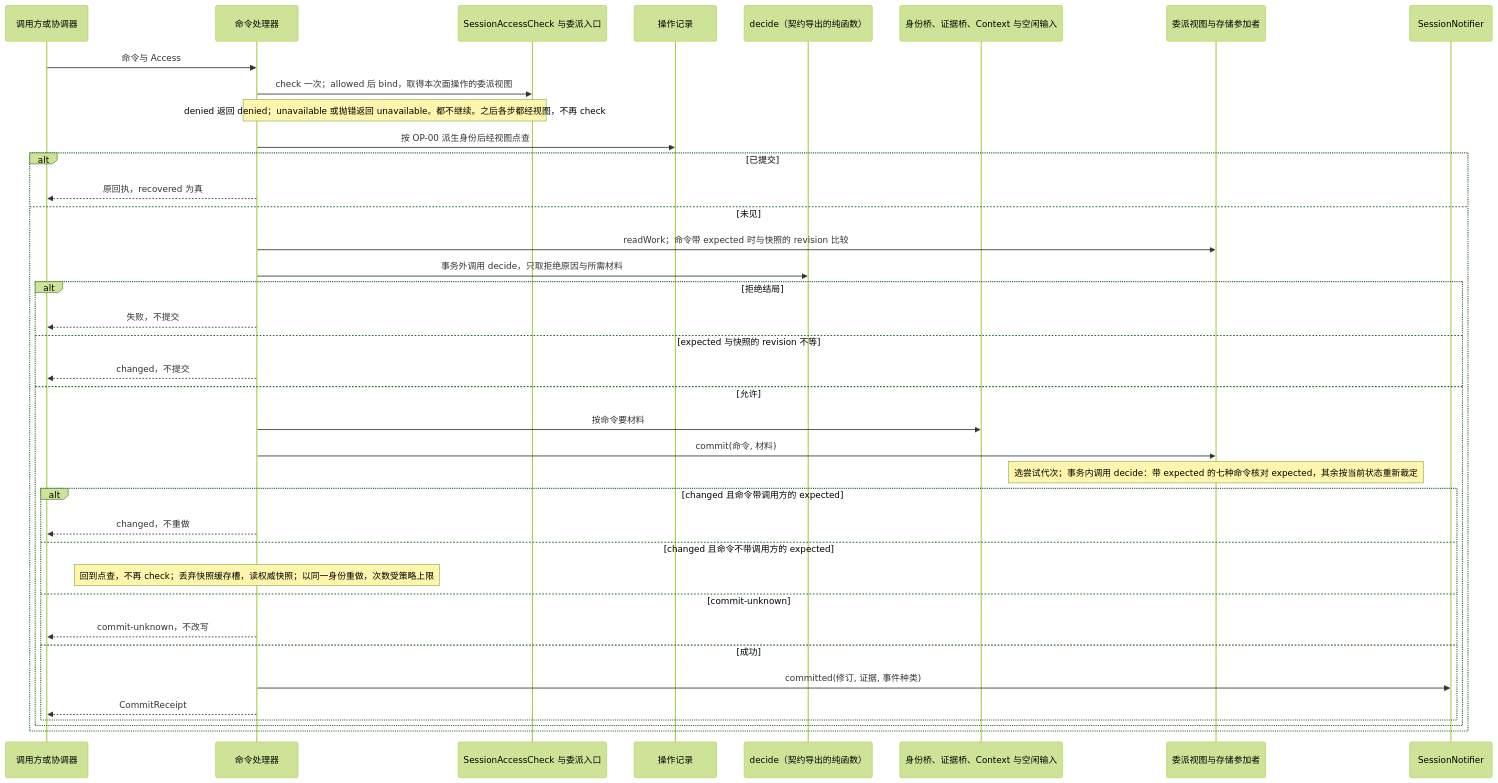
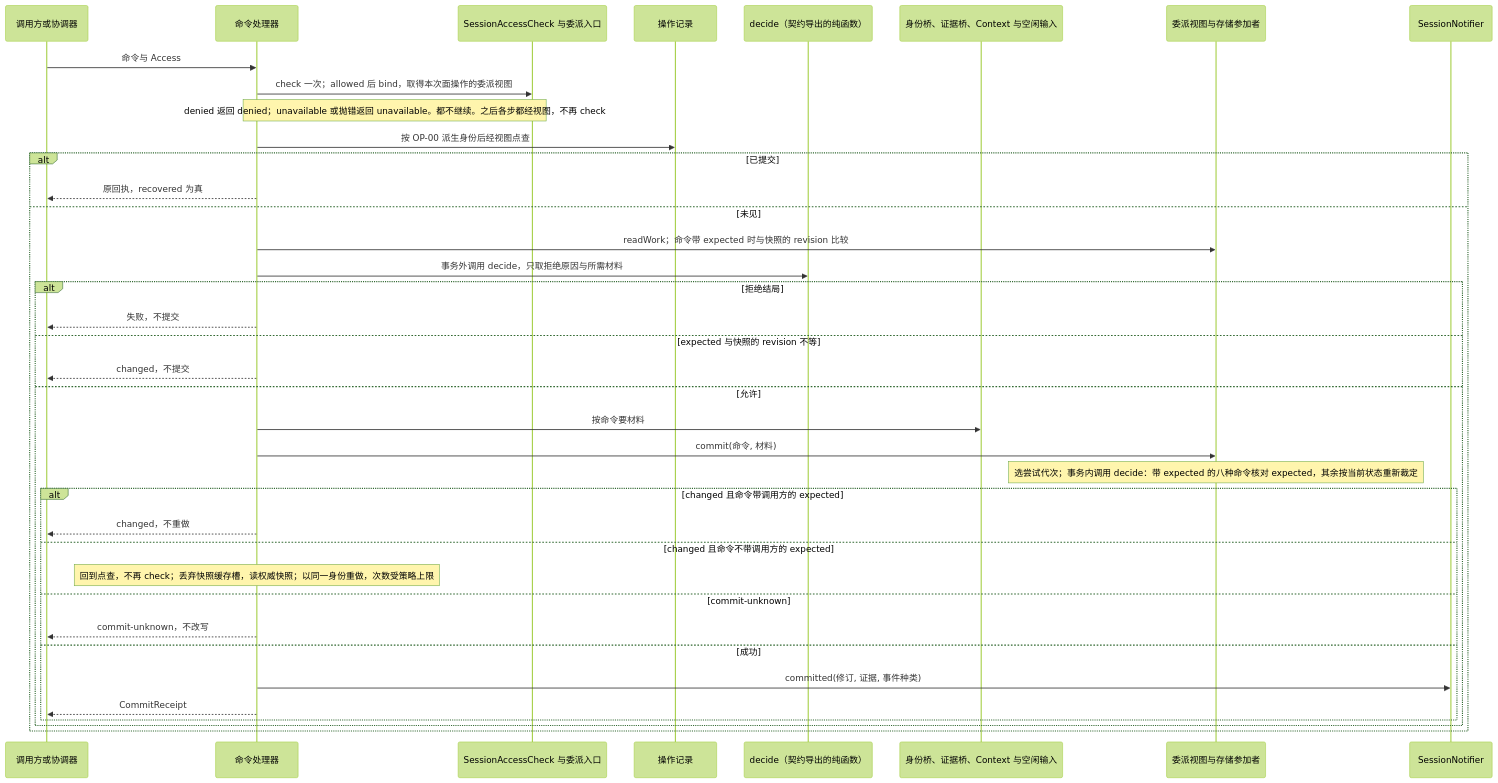
The first of 15 diagrams in packages/session/session/docs/flows.md (nemori-ai/omne-harness-lite), drawn with Mermaid (forest theme) before and after one commit. The commit also changed 42 other files, not shown here.

````diff
--- a/packages/session/session/docs/flows.md
+++ b/packages/session/session/docs/flows.md
@@ -13,40 +13,40 @@
 ```mermaid
 sequenceDiagram
     participant Caller as 调用方或协调器
     participant CP as 命令处理器
     participant AC as SessionAccessCheck 与委派入口
     participant Op as 操作记录
     participant DS as decide（契约导出的纯函数）
     participant Br as 身份桥、证据桥、Context 与空闲输入
     participant Tx as 委派视图与存储参加者
     participant N as SessionNotifier
     Caller->>CP: 命令与 Access
     CP->>AC: check 一次；allowed 后 bind，取得本次面操作的委派视图
     Note over CP,AC: denied 返回 denied；unavailable 或抛错返回 unavailable。都不继续。之后各步都经视图，不再 check
     CP->>Op: 按 OP-00 派生身份后经视图点查
     alt 已提交
         CP-->>Caller: 原回执，recovered 为真
     else 未见
         CP->>Tx: readWork；命令带 expected 时与快照的 revision 比较
         CP->>DS: 事务外调用 decide，只取拒绝原因与所需材料
         alt 拒绝结局
             CP-->>Caller: 失败，不提交
         else expected 与快照的 revision 不等
             CP-->>Caller: changed，不提交
         else 允许
             CP->>Br: 按命令要材料
             CP->>Tx: commit(命令, 材料)
-            Note over Tx: 选尝试代次；事务内调用 decide：带 expected 的七种命令核对 expected，其余按当前状态重新裁定
+            Note over Tx: 选尝试代次；事务内调用 decide：带 expected 的八种命令核对 expected，其余按当前状态重新裁定
             alt changed 且命令带调用方的 expected
                 CP-->>Caller: changed，不重做
             else changed 且命令不带调用方的 expected
                 Note over CP: 回到点查，不再 check；丢弃快照缓存槽，读权威快照；以同一身份重做，次数受策略上限
             else commit-unknown
                 CP-->>Caller: commit-unknown，不改写
             else 成功
                 CP->>N: committed(修订, 证据, 事件种类)
                 CP-->>Caller: CommitReceipt
             end
         end
     end
 ```
````
